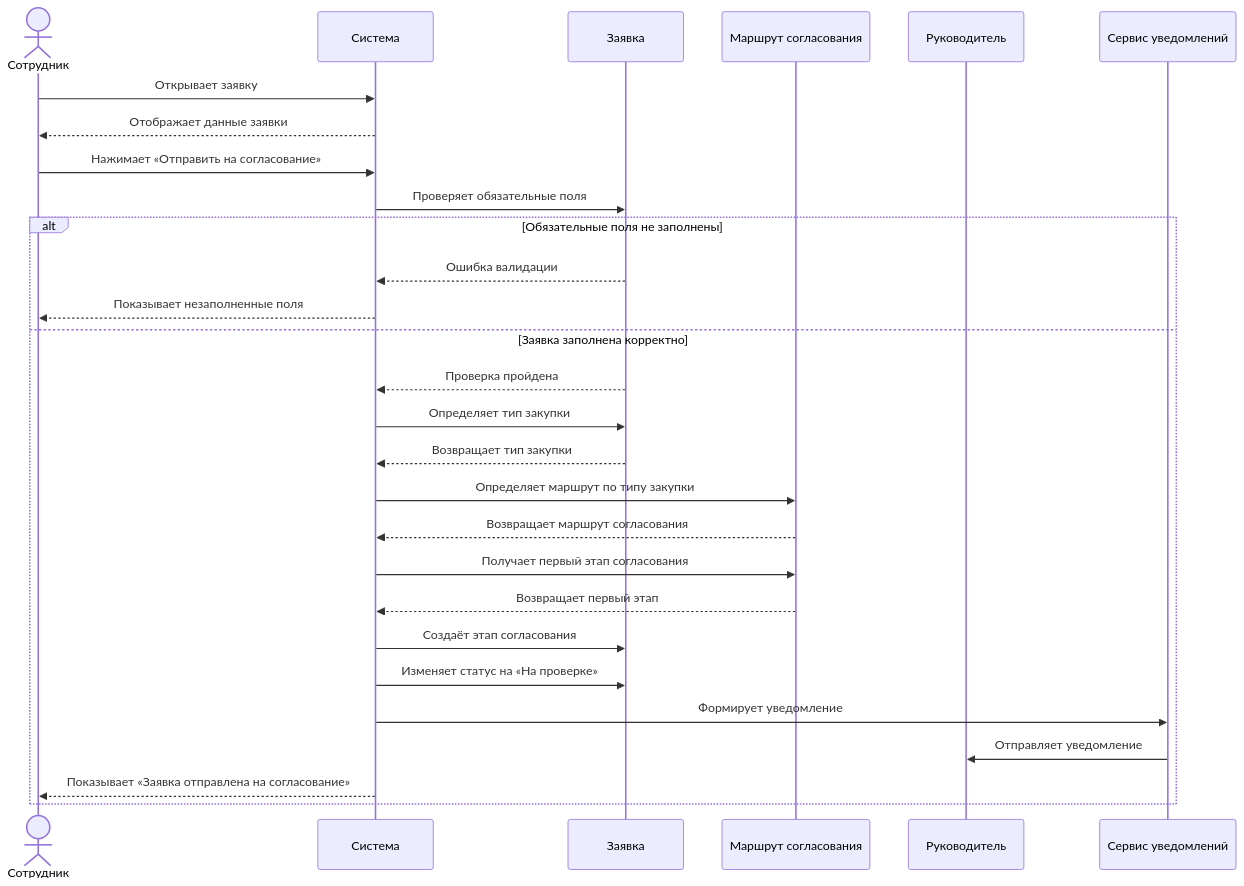
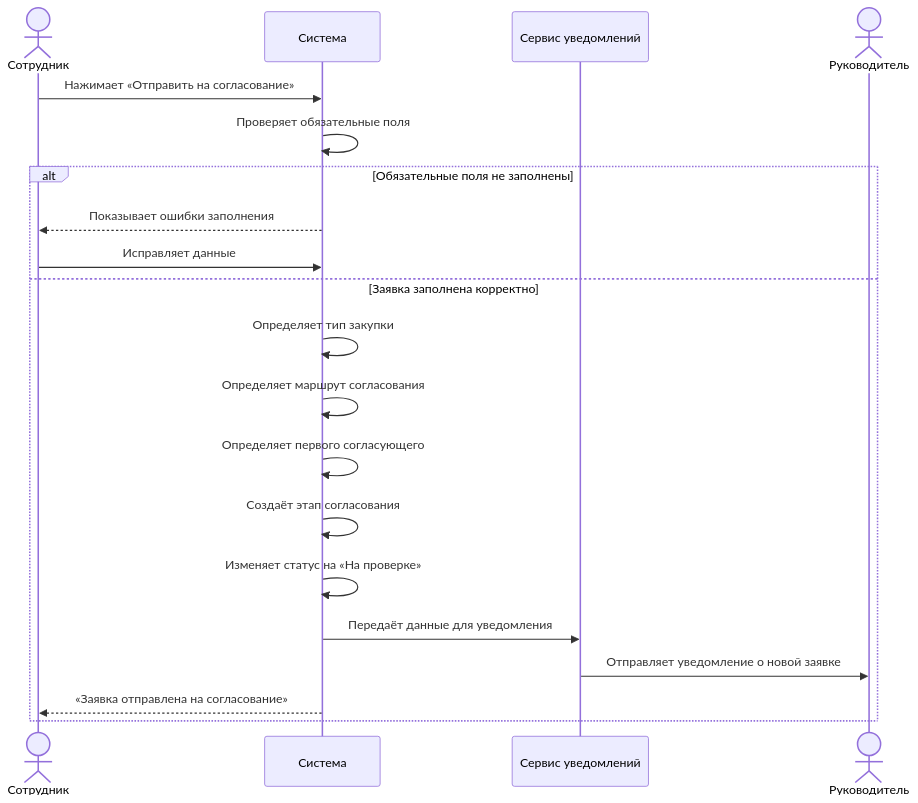
One commit to Maria27273/procurement-process-analysis changed the diagram in docs/system-analysis/uml/sequence-diagram.md. Above: the diagram before and after it, drawn with Mermaid.

Commit message:
sequence-diagram.md

````diff
--- a/docs/system-analysis/uml/sequence-diagram.md
+++ b/docs/system-analysis/uml/sequence-diagram.md
@@ -7,40 +10,29 @@
 ```mermaid
 sequenceDiagram
     actor Employee as Сотрудник
     participant System as Система
-    participant Request as Заявка
-    participant Route as Маршрут согласования
-    participant Manager as Руководитель
     participant Notification as Сервис уведомлений
-
-    Employee->>System: Открывает заявку
-    System-->>Employee: Отображает данные заявки
+    actor Manager as Руководитель
 
     Employee->>System: Нажимает «Отправить на согласование»
 
-    System->>Request: Проверяет обязательные поля
+    System->>System: Проверяет обязательные поля
 
     alt Обязательные поля не заполнены
-        Request-->>System: Ошибка валидации
-        System-->>Employee: Показывает незаполненные поля
+        System-->>Employee: Показывает ошибки заполнения
+        Employee->>System: Исправляет данные
     else Заявка заполнена корректно
-        Request-->>System: Проверка пройдена
 
-        System->>Request: Определяет тип закупки
-        Request-->>System: Возвращает тип закупки
+        System->>System: Определяет тип закупки
+        System->>System: Определяет маршрут согласования
+        System->>System: Определяет первого согласующего
 
-        System->>Route: Определяет маршрут по типу закупки
-        Route-->>System: Возвращает маршрут согласования
+        System->>System: Создаёт этап согласования
+        System->>System: Изменяет статус на «На проверке»
 
-        System->>Route: Получает первый этап согласования
-        Route-->>System: Возвращает первый этап
+        System->>Notification: Передаёт данные для уведомления
+        Notification->>Manager: Отправляет уведомление о новой заявке
 
-        System->>Request: Создаёт этап согласования
-        System->>Request: Изменяет статус на «На проверке»
-
-        System->>Notification: Формирует уведомление
-        Notification->>Manager: Отправляет уведомление
-
-        System-->>Employee: Показывает «Заявка отправлена на согласование»
+        System-->>Employee: «Заявка отправлена на согласование»
     end
 ```
````
